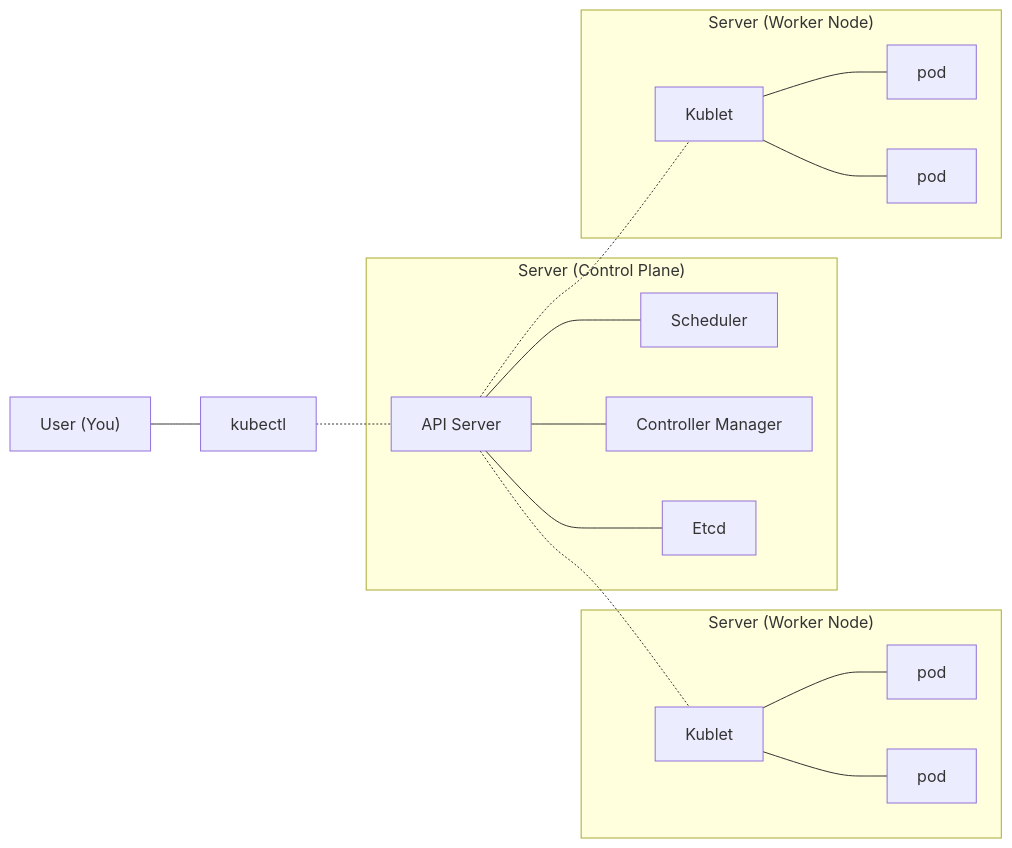
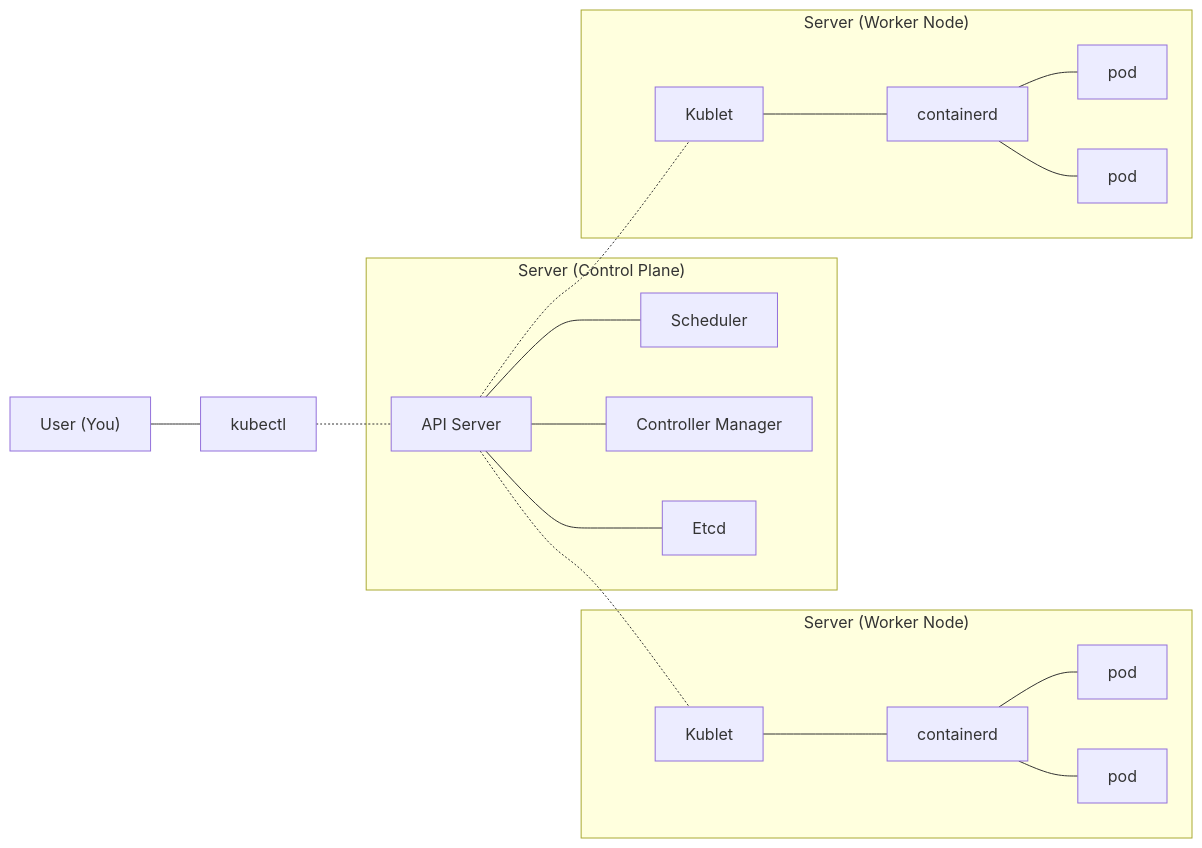
One commit to mritzmann/cheatsheets changed the first of 2 diagrams in kubernetes.md. Above: the diagram before and after it, drawn with Mermaid.

````diff
--- a/kubernetes.md
+++ b/kubernetes.md
@@ -5,43 +5,48 @@
 ```mermaid
 graph LR
 
 api --- scheduler
 api --- control
 api --- etcd
 
 api -.- kublet1
 api -.- kublet2
 
 %% k8s admin
 user["User (You)"]
 user --- kubectl
 kubectl -.- api
 
 subgraph server0["Server (Control Plane)"]
 
   api["API Server"]
   etcd[Etcd]
   scheduler["Scheduler"]
   control["Controller Manager"]
 end
 
 subgraph server1["Server (Worker Node)"]
   kublet1[Kublet]
+  kublet1 --- containerd1
+
+  containerd1[containerd]
+  containerd1 --- pod1_1
+  containerd1 --- pod1_2
 
   pod1_1[pod]
   pod1_2[pod]
-  
-  kublet1 --- pod1_1
-  kublet1 --- pod1_2
+ 
 end
 
 subgraph server2["Server (Worker Node)"]
   kublet2[Kublet]
+  kublet2 --- containerd2
+
+  containerd2[containerd]
+  containerd2 --- pod2_1
+  containerd2 --- pod2_2
 
   pod2_1[pod]
   pod2_2[pod]
-  
-  kublet2 --- pod2_1
-  kublet2 --- pod2_2
 end
 ```
````
